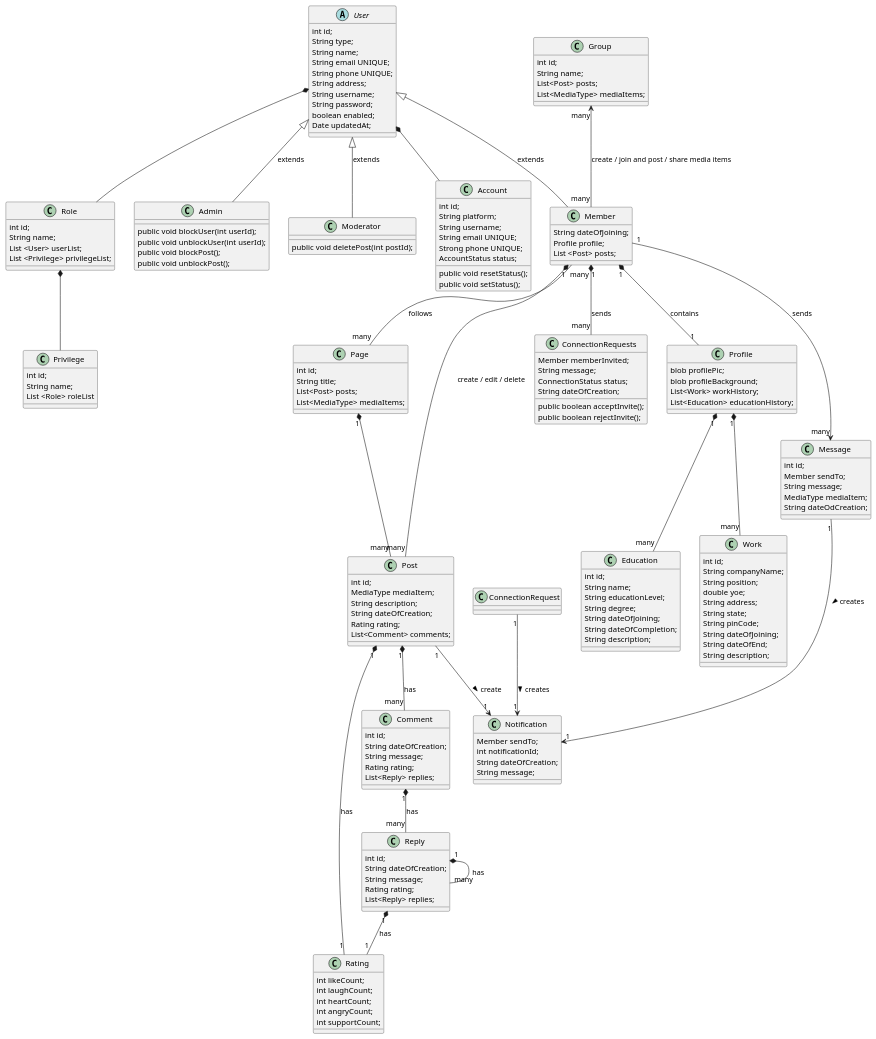
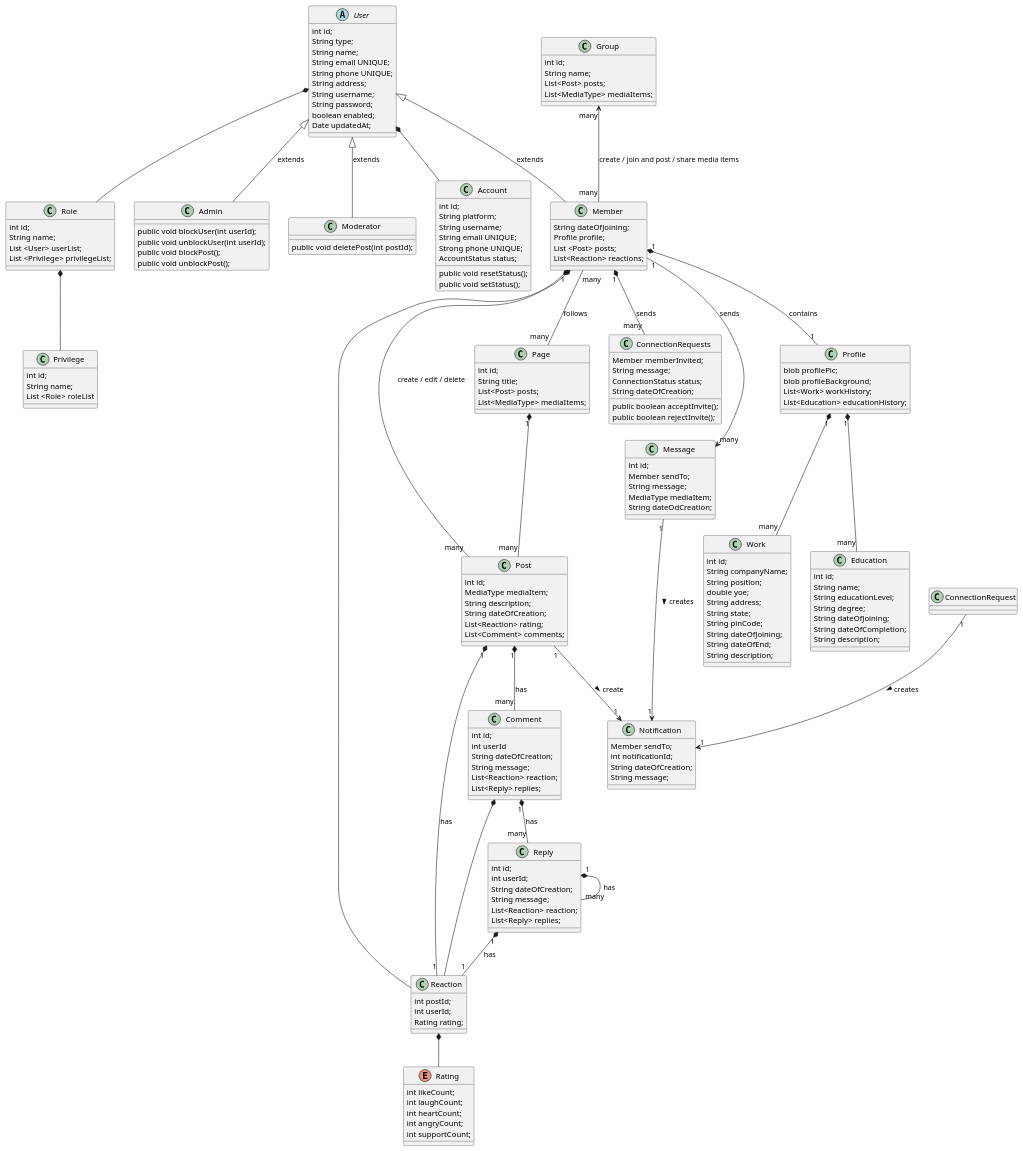
The diagram in src/main/java/Spring-Network-ClassDiagram.puml (porcelainruler/Spring-Social), drawn with PlantUML before and after one commit. The commit also changed 20 other files, not shown here.

Commit message:
Shubham | Some entities definition and class diagram for post rating corrected

```diff
--- a/src/main/java/Spring-Network-ClassDiagram.puml
+++ b/src/main/java/Spring-Network-ClassDiagram.puml
@@ -49,6 +49,7 @@
     String dateOfJoining;
     Profile profile;
     List <Post> posts;
+    List<Reaction> reactions;
 }
 
 class Profile {
@@ -82,6 +83,7 @@
 }
 
 Member "1" *-- "1" Profile : contains
+Member *-- Reaction
 Profile "1" *-- "many" Work
 Profile "1" *-- "many" Education
 
@@ -90,11 +92,11 @@
     MediaType mediaItem;
     String description;
     String dateOfCreation;
-    Rating rating;
+    List<Reaction> rating;
     List<Comment> comments;
 }
 
-class Rating {
+enum Rating {
     int likeCount;
     int laughCount;
     int heartCount;
@@ -102,29 +104,40 @@
     int supportCount;
 }
 
+class Reaction {
+    int postId;
+    int userId;
+    Rating rating;
+}
+
+Reaction *-- Rating
+
 class Comment {
     int id;
+    int userId
     String dateOfCreation;
     String message;
-    Rating rating;
+    List<Reaction> reaction;
     List<Reply> replies;
 }
 
 Member "1" *-- "many" Post : create / edit / delete
-Post "1" *-- "1" Rating : has
+Post "1" *-- "1" Reaction : has
 Post "1" *-- "many" Comment : has
 
 class Reply {
     int id;
+    int userId;
     String dateOfCreation;
     String message;
-    Rating rating;
+    List<Reaction> reaction;
     List<Reply> replies;
 }
 
 Comment "1" *-- "many" Reply : has
+Comment *-- Reaction
 Reply "1" *-- "many" Reply : has
-Reply "1" *-- "1" Rating : has
+Reply "1" *-- "1" Reaction : has
 
 
 class Admin {
```
